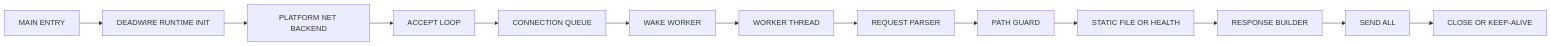
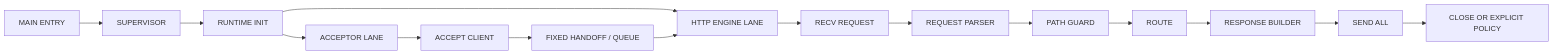
One commit to Deadbytes101/DEADWIRE-HTTPD changed the diagram in docs/v2-native-runtime-parity-roadmap.md. Above: the diagram before and after it, drawn with Mermaid. The commit also changed other lines of this file and 3 other files, not shown here.

````diff
--- a/docs/v2-native-runtime-parity-roadmap.md
+++ b/docs/v2-native-runtime-parity-roadmap.md
@@ -45,15 +56,17 @@
 ```mermaid
 flowchart LR
-    MAIN["MAIN ENTRY"] --> RUNTIME["DEADWIRE RUNTIME INIT"]
-    RUNTIME --> NET["PLATFORM NET BACKEND"]
-    NET --> ACCEPT["ACCEPT LOOP"]
-    ACCEPT --> QUEUE["CONNECTION QUEUE"]
-    QUEUE --> WAKE["WAKE WORKER"]
-    WAKE --> WORKER["WORKER THREAD"]
-    WORKER --> PARSE["REQUEST PARSER"]
+    MAIN["MAIN ENTRY"] --> SUP["SUPERVISOR"]
+    SUP --> INIT["RUNTIME INIT"]
+    INIT --> ACC["ACCEPTOR LANE"]
+    INIT --> HTTP["HTTP ENGINE LANE"]
+    ACC --> ACCEPT["ACCEPT CLIENT"]
+    ACCEPT --> HANDOFF["FIXED HANDOFF / QUEUE"]
+    HANDOFF --> HTTP
+    HTTP --> RECV["RECV REQUEST"]
+    RECV --> PARSE["REQUEST PARSER"]
     PARSE --> GUARD["PATH GUARD"]
-    GUARD --> FILE["STATIC FILE OR HEALTH"]
-    FILE --> RESPONSE["RESPONSE BUILDER"]
+    GUARD --> ROUTE["ROUTE"]
+    ROUTE --> RESPONSE["RESPONSE BUILDER"]
     RESPONSE --> SEND["SEND ALL"]
-    SEND --> CLOSE["CLOSE OR KEEP-ALIVE"]
+    SEND --> CLOSE["CLOSE OR EXPLICIT POLICY"]
 ```
````
